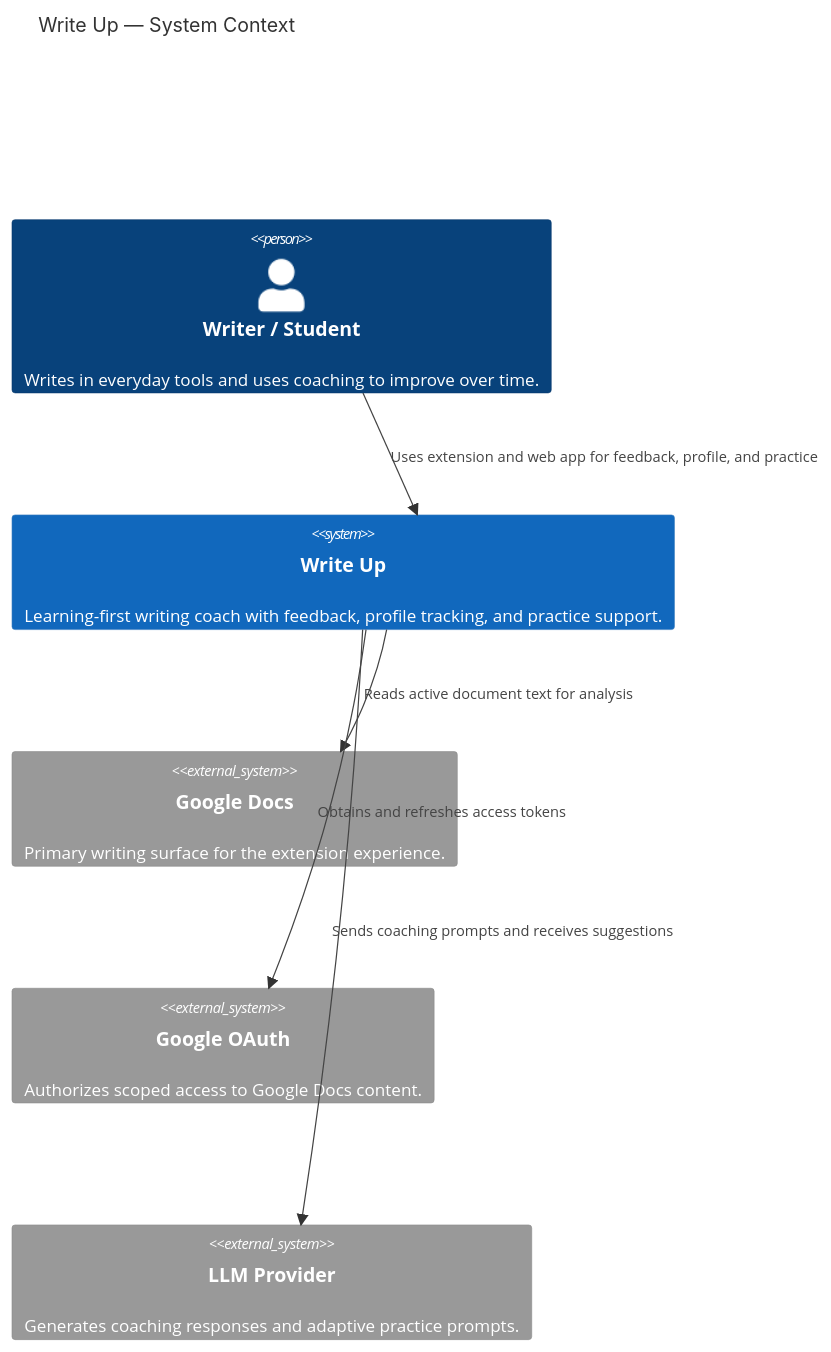
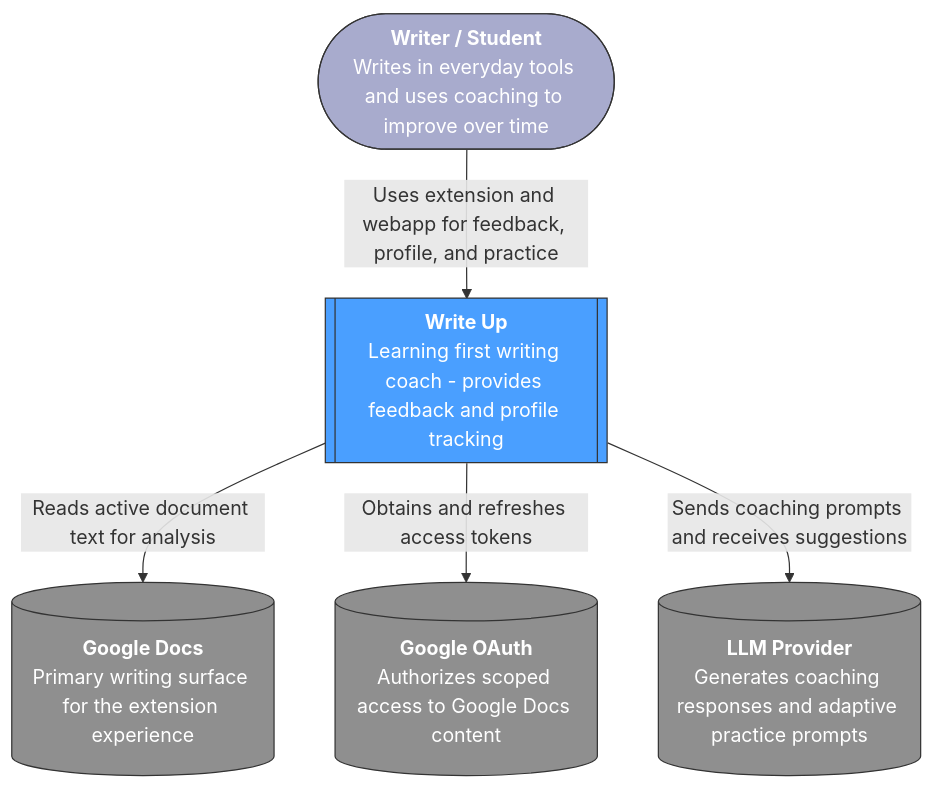
The first of 2 diagrams in docs/architecture.md (CSEN-SCU/csen-174-s26-team-project-write-up), drawn with Mermaid before and after one commit. The commit also changed other lines of this file, not shown here.

````diff
--- a/docs/architecture.md
+++ b/docs/architecture.md
@@ -11,16 +11,24 @@
 ```mermaid
-C4Context
-    title Write Up — System Context
+flowchart TD
+    %% Nodes
+    Writer(["<b>Writer / Student</b><br/>Writes in everyday tools and uses coaching to improve over time"])
+    WriteUp[["<b>Write Up</b><br/>Learning first writing coach - provides feedback and profile tracking"]]
 
-    Person(writer, "Writer / Student", "Writes in everyday tools and uses coaching to improve over time.")
-    System(writeup, "Write Up", "Learning-first writing coach with feedback, profile tracking, and practice support.")
+    GDocs[("<b>Google Docs</b><br/>Primary writing surface for the extension experience")]
+    GOAuth[("<b>Google OAuth</b><br/>Authorizes scoped access to Google Docs content")]
+    LLM[("<b>LLM Provider</b><br/>Generates coaching responses and adaptive practice prompts")]
 
-    System_Ext(gdocs, "Google Docs", "Primary writing surface for the extension experience.")
-    System_Ext(gauth, "Google OAuth", "Authorizes scoped access to Google Docs content.")
-    System_Ext(llm, "LLM Provider", "Generates coaching responses and adaptive practice prompts.")
+    %% Relationships
+    Writer -->|"Uses extension and webapp for feedback, profile, and practice"| WriteUp
 
-    Rel(writer, writeup, "Uses extension and web app for feedback, profile, and practice")
-    Rel(writeup, gdocs, "Reads active document text for analysis")
-    Rel(writeup, gauth, "Obtains and refreshes access tokens")
-    Rel(writeup, llm, "Sends coaching prompts and receives suggestions")
+    WriteUp -->|"Reads active document text for analysis"| GDocs
+    WriteUp -->|"Obtains and refreshes access tokens"| GOAuth
+    WriteUp -->|"Sends coaching prompts and receives suggestions"| LLM
+
+    %% Styling
+    style Writer fill:#A8ABCD,stroke:#333,stroke-width:1px,color:#fff
+    style WriteUp fill:#4A9FFF,stroke:#333,stroke-width:1px,color:#fff
+    style GDocs fill:#8F8F8F,stroke:#333,stroke-width:1px,color:#fff
+    style GOAuth fill:#8F8F8F,stroke:#333,stroke-width:1px,color:#fff
+    style LLM fill:#8F8F8F,stroke:#333,stroke-width:1px,color:#fff
 ```
````
